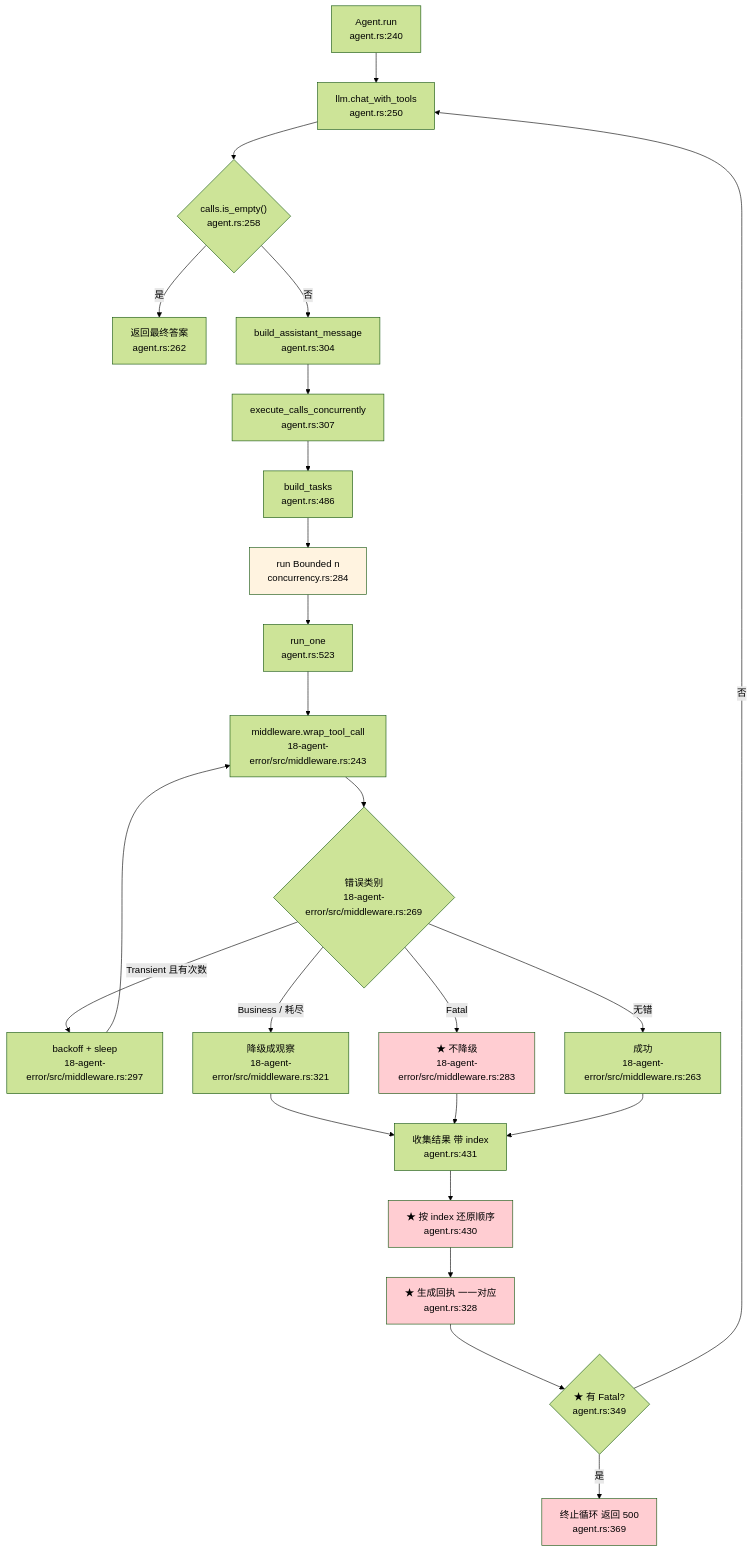
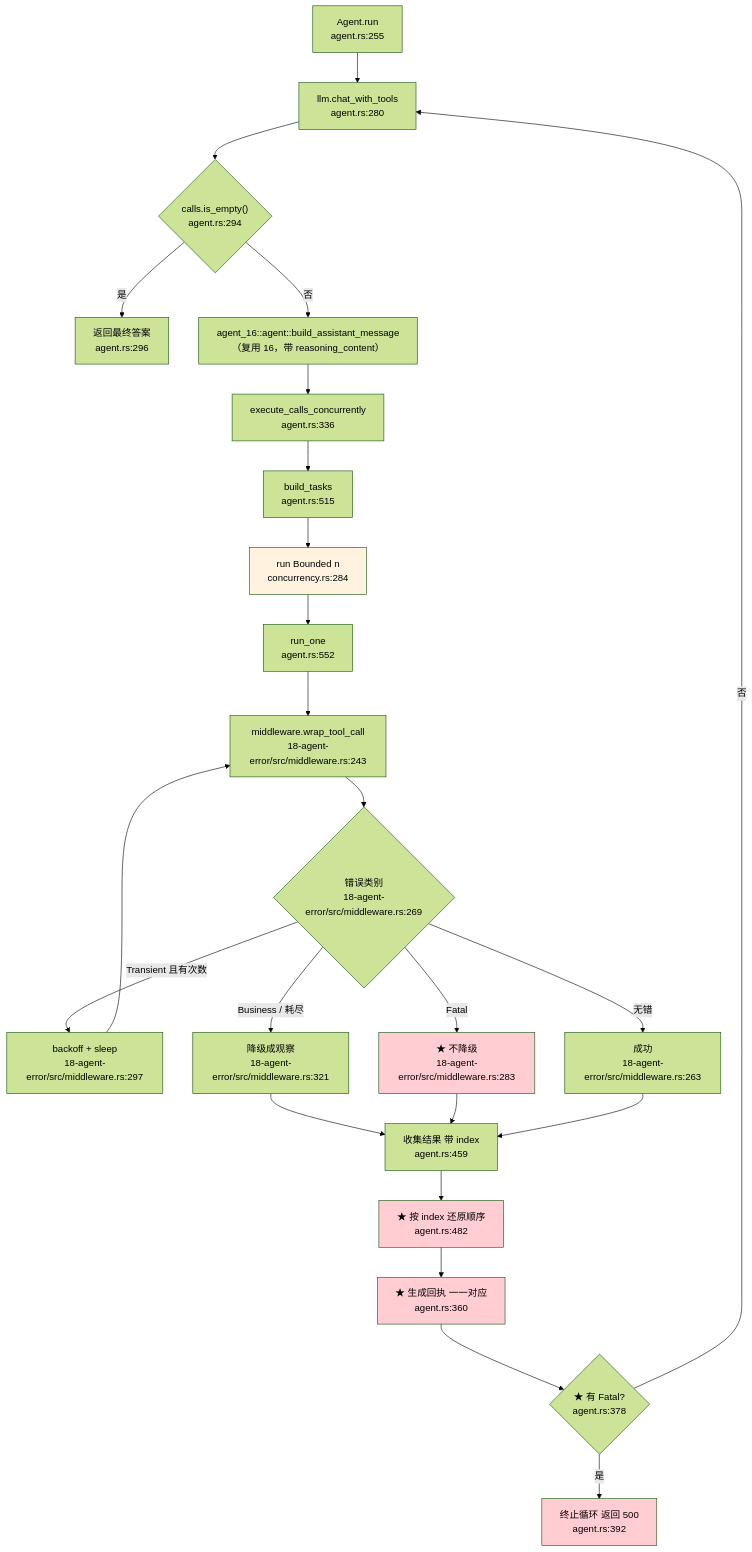
One commit to heheshang/agent-learn changed the fifth of 7 diagrams in 22-agent-async/README.md. Above: the diagram before and after it, drawn with Mermaid (forest theme). The commit also changed other lines of this file and 33 other files, not shown here.

````diff
--- a/22-agent-async/README.md
+++ b/22-agent-async/README.md
@@ -534,33 +540,33 @@
 ```mermaid
 graph TD
-    A["Agent.run<br/>agent.rs:240"] --> B["llm.chat_with_tools<br/>agent.rs:250"]
-    B --> C{"calls.is_empty()<br/>agent.rs:258"}
-    C -->|是| D["返回最终答案<br/>agent.rs:262"]
-    C -->|否| E["build_assistant_message<br/>agent.rs:304"]
-    E --> F["execute_calls_concurrently<br/>agent.rs:307"]
+    A["Agent.run<br/>agent.rs:255"] --> B["llm.chat_with_tools<br/>agent.rs:280"]
+    B --> C{"calls.is_empty()<br/>agent.rs:294"}
+    C -->|是| D["返回最终答案<br/>agent.rs:296"]
+    C -->|否| E["agent_16::agent::build_assistant_message<br/>（复用 16，带 reasoning_content）"]
+    E --> F["execute_calls_concurrently<br/>agent.rs:336"]
 
-    F --> G["build_tasks<br/>agent.rs:486"]
+    F --> G["build_tasks<br/>agent.rs:515"]
     G --> H["run Bounded n<br/>concurrency.rs:284"]
-    H --> I["run_one<br/>agent.rs:523"]
+    H --> I["run_one<br/>agent.rs:552"]
 
     I --> J["middleware.wrap_tool_call<br/>18-agent-error/src/middleware.rs:243"]
     J --> K{"错误类别<br/>18-agent-error/src/middleware.rs:269"}
     K -->|Transient 且有次数| L["backoff + sleep<br/>18-agent-error/src/middleware.rs:297"]
     L --> J
     K -->|Business / 耗尽| M["降级成观察<br/>18-agent-error/src/middleware.rs:321"]
     K -->|Fatal| M2["★ 不降级<br/>18-agent-error/src/middleware.rs:283"]
     K -->|无错| N["成功<br/>18-agent-error/src/middleware.rs:263"]
 
-    M & M2 & N --> O["收集结果 带 index<br/>agent.rs:431"]
-    O --> P["★ 按 index 还原顺序<br/>agent.rs:430"]
-    P --> Q["★ 生成回执 一一对应<br/>agent.rs:328"]
-    Q --> R{"★ 有 Fatal?<br/>agent.rs:349"}
-    R -->|是| S["终止循环 返回 500<br/>agent.rs:369"]
+    M & M2 & N --> O["收集结果 带 index<br/>agent.rs:459"]
+    O --> P["★ 按 index 还原顺序<br/>agent.rs:482"]
+    P --> Q["★ 生成回执 一一对应<br/>agent.rs:360"]
+    Q --> R{"★ 有 Fatal?<br/>agent.rs:378"}
+    R -->|是| S["终止循环 返回 500<br/>agent.rs:392"]
     R -->|否| B
 
     style P fill:#ffcdd2
     style Q fill:#ffcdd2
     style M2 fill:#ffcdd2
     style S fill:#ffcdd2
     style H fill:#fff3e0
 ```
````
